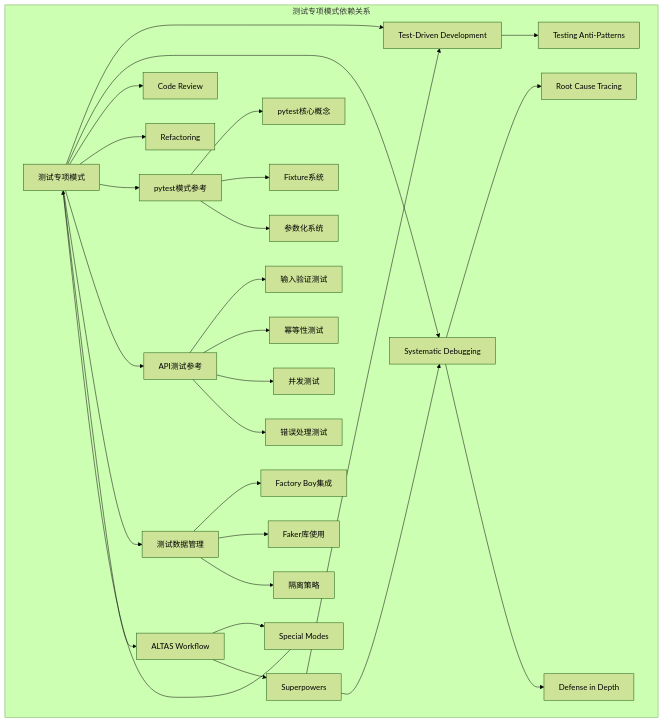
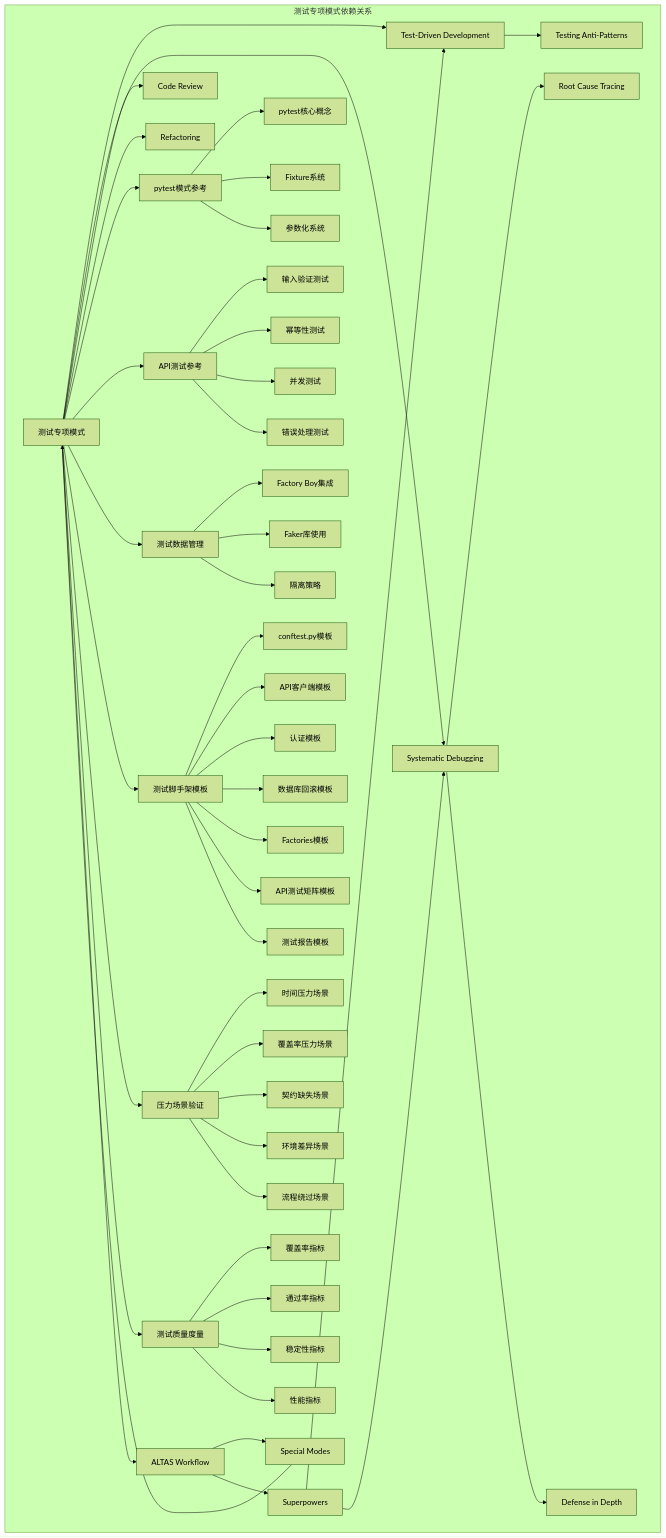
One commit to AngelWings1997/altas changed diagram 19 of 24 in .qoder/repowiki/zh/content/测试专项模式.md. Above: the diagram before and after it, drawn with Mermaid (forest theme). The commit also changed other lines of this file and 8 other files, not shown here.

````diff
--- a/.qoder/repowiki/zh/content/测试专项模式.md
+++ b/.qoder/repowiki/zh/content/测试专项模式.md
@@ -389,31 +568,50 @@
 ```mermaid
 graph TB
 subgraph "测试专项模式依赖关系"
 TestMode[测试专项模式] --> TDD[Test-Driven Development]
 TestMode --> Debug[Systematic Debugging]
 TestMode --> Review[Code Review]
 TestMode --> Refactor[Refactoring]
 TestMode --> PytestPatterns[pytest模式参考]
 TestMode --> APITesting[API测试参考]
 TestMode --> TestDataManagement[测试数据管理]
+TestMode --> TemplateSystem[测试脚手架模板]
+TestMode --> PressureScenarios[压力场景验证]
+TestMode --> QualityMetrics[测试质量度量]
 PytestPatterns --> PytestCore[pytest核心概念]
 PytestPatterns --> FixtureSystem[Fixture系统]
 PytestPatterns --> ParametrizeSystem[参数化系统]
 APITesting --> ValidationTests[输入验证测试]
 APITesting --> IdempotencyTests[幂等性测试]
 APITesting --> ConcurrencyTests[并发测试]
 APITesting --> ErrorHandlingTests[错误处理测试]
 TestDataManagement --> FactoryBoy[Factory Boy集成]
 TestDataManagement --> Faker[Faker库使用]
 TestDataManagement --> IsolationStrategies[隔离策略]
+TemplateSystem --> ConftestTemplate[conftest.py模板]
+TemplateSystem --> APIClientTemplate[API客户端模板]
+TemplateSystem --> AuthTemplate[认证模板]
+TemplateSystem --> DBRollbackTemplate[数据库回滚模板]
+TemplateSystem --> FactoriesTemplate[Factories模板]
+TemplateSystem --> APIMatrixTemplate[API测试矩阵模板]
+TemplateSystem --> TestReportTemplate[测试报告模板]
+PressureScenarios --> TimeStress[时间压力场景]
+PressureScenarios --> CoverageStress[覆盖率压力场景]
+PressureScenarios --> ContractMissing[契约缺失场景]
+PressureScenarios --> EnvDiff[环境差异场景]
+PressureScenarios --> ProcessBypass[流程绕过场景]
+QualityMetrics --> CoverageMetrics[覆盖率指标]
+QualityMetrics --> PassRateMetrics[通过率指标]
+QualityMetrics --> StabilityMetrics[稳定性指标]
+QualityMetrics --> PerformanceMetrics[性能指标]
 TDD --> AntiPatterns[Testing Anti-Patterns]
 Debug --> RootCause[Root Cause Tracing]
 Debug --> Defense[Defense in Depth]
 TestMode --> Workflow[ALTAS Workflow]
 Workflow --> SpecialModes[Special Modes]
 Workflow --> Superpowers[Superpowers]
 SpecialModes --> TestMode
 Superpowers --> TDD
 Superpowers --> Debug
 end
 ```
````
